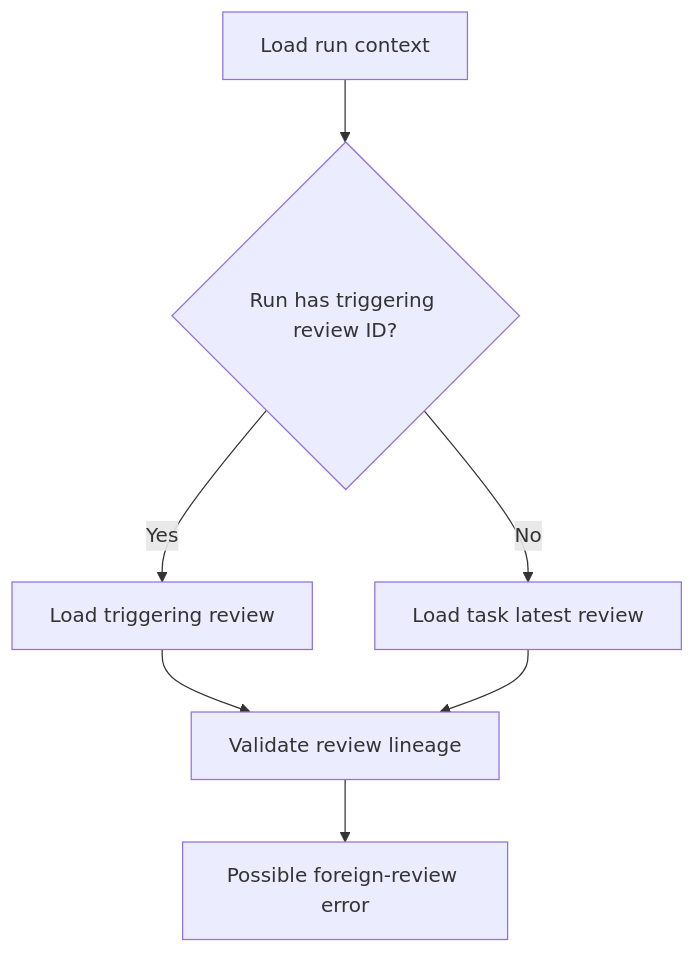
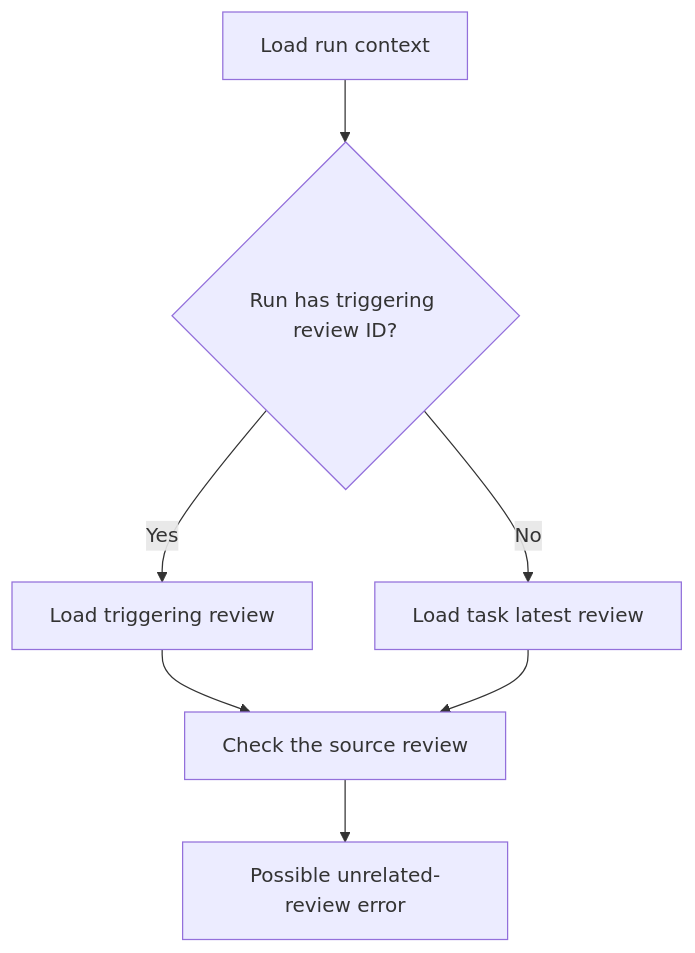
Diagram 19 of 29 in docs/superpowers/plans/2026-08-08-noema-practical-reliability-roadmap.md (kpsuperplane/Noema), drawn with Mermaid before and after one commit. The commit also changed other lines of this file, not shown here.

Commit message:
docs: make plain code the first roadmap phase

````diff
--- a/docs/superpowers/plans/2026-08-08-noema-practical-reliability-roadmap.md
+++ b/docs/superpowers/plans/2026-08-08-noema-practical-reliability-roadmap.md
@@ -736,14 +1154,14 @@
 ```mermaid
 flowchart TD
     A["Load run context"]
     B{"Run has triggering review ID?"}
     C["Load triggering review"]
     D["Load task latest review"]
-    E["Validate review lineage"]
-    F["Possible foreign-review error"]
+    E["Check the source review"]
+    F["Possible unrelated-review error"]
 
     A --> B
     B -->|Yes| C --> E
     B -->|No| D --> E
     E --> F
 ```
````
